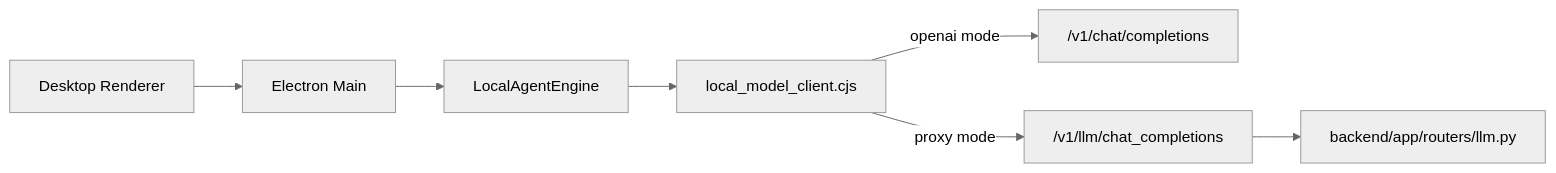
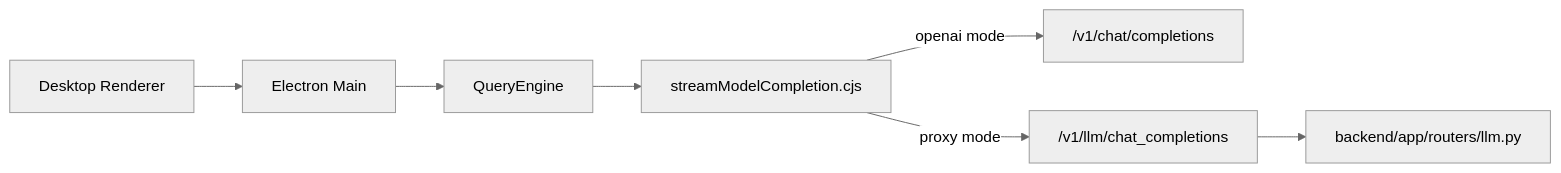
Before and after one commit to needitem/pixllm: the diagram in docs/02-design/LLM서빙_상세_설계.md, drawn with Mermaid (neutral theme). The commit also changed other lines of this file and 15 other files, not shown here.

````diff
--- a/docs/02-design/LLM서빙_상세_설계.md
+++ b/docs/02-design/LLM서빙_상세_설계.md
@@ -14,9 +14,9 @@
 ```mermaid
 flowchart LR
     UI["Desktop Renderer"] --> MAIN["Electron Main"]
-    MAIN --> ENGINE["LocalAgentEngine"]
-    ENGINE --> CLIENT["local_model_client.cjs"]
+    MAIN --> QE["QueryEngine"]
+    QE --> CLIENT["streamModelCompletion.cjs"]
     CLIENT -->|openai mode| OA["/v1/chat/completions"]
     CLIENT -->|proxy mode| API["/v1/llm/chat_completions"]
-    API --> VLLM["backend/app/routers/llm.py"]
+    API --> ROUTER["backend/app/routers/llm.py"]
 ```
````
